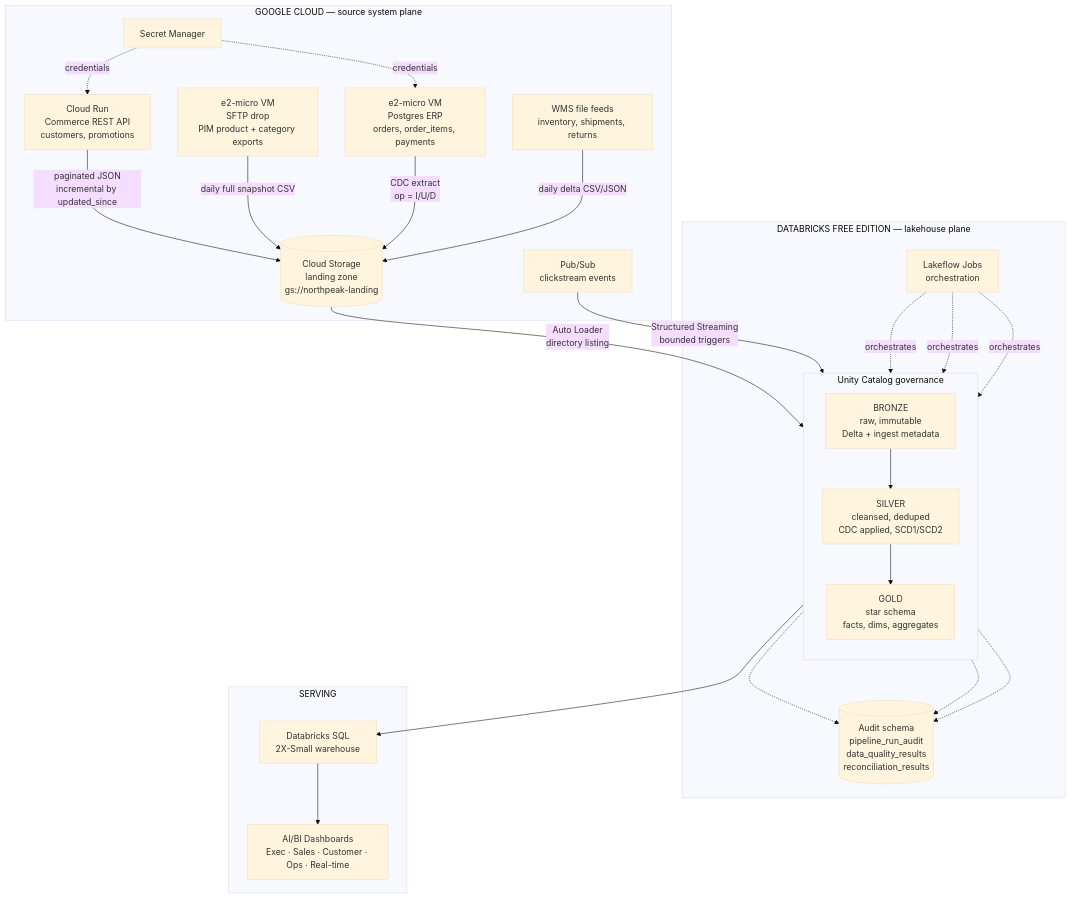
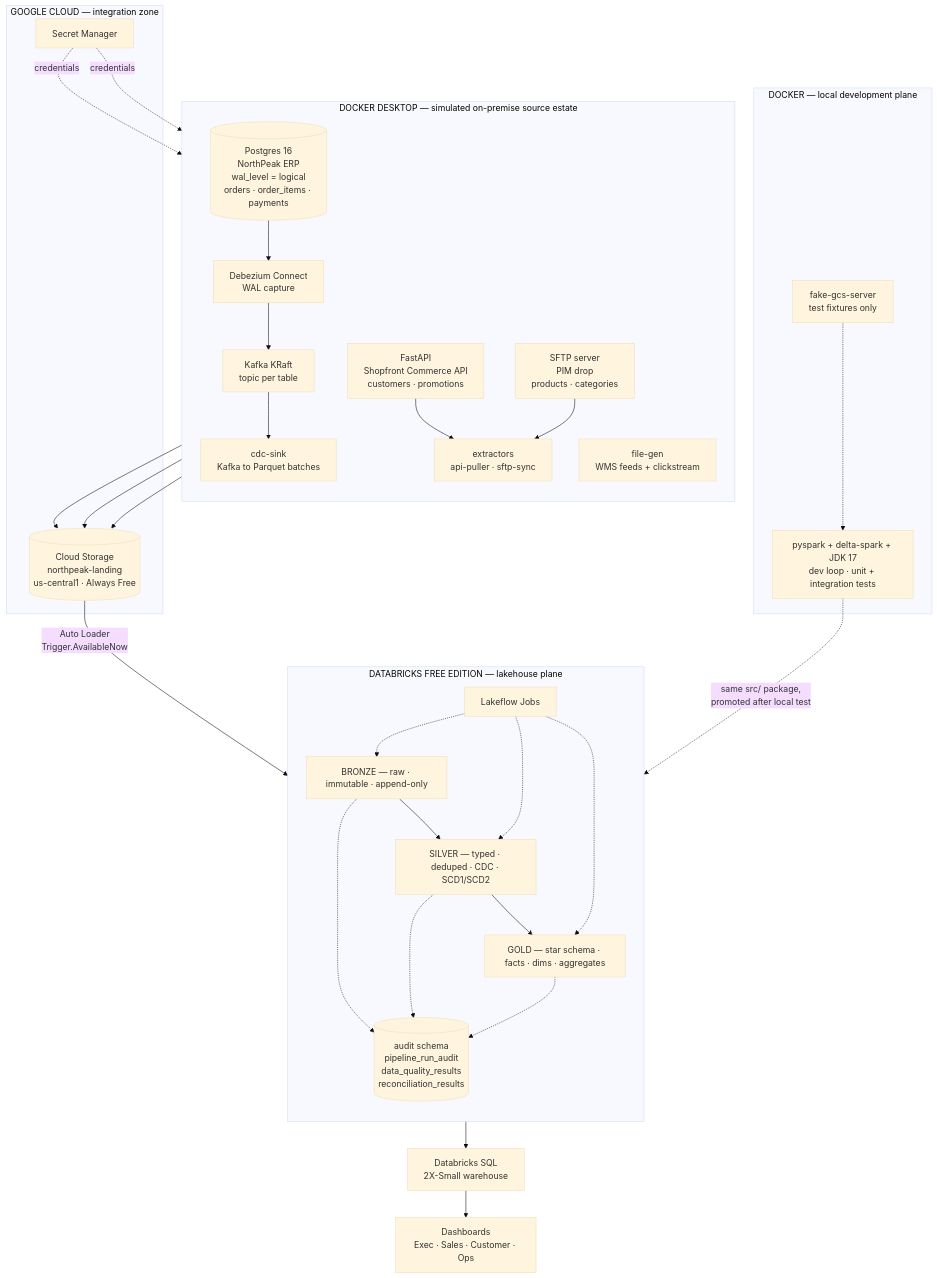
The first of 7 diagrams in docs/ARCHITECTURE.md (Sohailtanveer1/enterprise-lakehouse-on-databricks), drawn with Mermaid (base theme) before and after one commit. The commit also changed other lines of this file and 5 other files, not shown here.

````diff
--- a/docs/ARCHITECTURE.md
+++ b/docs/ARCHITECTURE.md
@@ -16,49 +79,57 @@
 ```mermaid
 flowchart TB
-    subgraph GCP["GOOGLE CLOUD — source system plane"]
-        API["Cloud Run<br/>Commerce REST API<br/>customers, promotions"]
-        SFTP["e2-micro VM<br/>SFTP drop<br/>PIM product + category exports"]
-        ERP["e2-micro VM<br/>Postgres ERP<br/>orders, order_items, payments"]
-        WMS["WMS file feeds<br/>inventory, shipments, returns"]
-        PS["Pub/Sub<br/>clickstream events"]
+    subgraph DOCKER["DOCKER DESKTOP — simulated on-premise source estate"]
+        direction TB
+        PG[("Postgres 16<br/>NorthPeak ERP<br/>wal_level = logical<br/>orders · order_items · payments")]
+        DBZ["Debezium Connect<br/>WAL capture"]
+        KFK["Kafka KRaft<br/>topic per table"]
+        SINK["cdc-sink<br/>Kafka to Parquet batches"]
+        API["FastAPI<br/>Shopfront Commerce API<br/>customers · promotions"]
+        SFTPS["SFTP server<br/>PIM drop<br/>products · categories"]
+        FILEGEN["file-gen<br/>WMS feeds + clickstream"]
+        EXTRACT["extractors<br/>api-puller · sftp-sync"]
+
+        PG --> DBZ --> KFK --> SINK
+        API --> EXTRACT
+        SFTPS --> EXTRACT
+    end
+
+    subgraph LOCAL["DOCKER — local development plane"]
+        SPARK["pyspark + delta-spark + JDK 17<br/>dev loop · unit + integration tests"]
+        FGCS["fake-gcs-server<br/>test fixtures only"]
+    end
+
+    subgraph GCPZ["GOOGLE CLOUD — integration zone"]
+        GCS[("Cloud Storage<br/>northpeak-landing<br/>us-central1 · Always Free")]
         SM["Secret Manager"]
-        GCS[("Cloud Storage<br/>landing zone<br/>gs://northpeak-landing")]
     end
 
     subgraph DBX["DATABRICKS FREE EDITION — lakehouse plane"]
-        subgraph UC["Unity Catalog governance"]
-            direction TB
-            BRONZE["BRONZE<br/>raw, immutable<br/>Delta + ingest metadata"]
-            SILVER["SILVER<br/>cleansed, deduped<br/>CDC applied, SCD1/SCD2"]
-            GOLD["GOLD<br/>star schema<br/>facts, dims, aggregates"]
-        end
-        AUDIT[("Audit schema<br/>pipeline_run_audit<br/>data_quality_results<br/>reconciliation_results")]
-        JOBS["Lakeflow Jobs<br/>orchestration"]
+        direction TB
+        BRONZE["BRONZE — raw · immutable · append-only"]
+        SILVER["SILVER — typed · deduped · CDC · SCD1/SCD2"]
+        GOLD["GOLD — star schema · facts · dims · aggregates"]
+        AUDITT[("audit schema<br/>pipeline_run_audit<br/>data_quality_results<br/>reconciliation_results")]
+        JOBS["Lakeflow Jobs"]
+        BRONZE --> SILVER --> GOLD
     end
 
-    subgraph SERVE["SERVING"]
-        DBSQL["Databricks SQL<br/>2X-Small warehouse"]
-        DASH["AI/BI Dashboards<br/>Exec · Sales · Customer · Ops · Real-time"]
-    end
+    SINK --> GCS
+    EXTRACT --> GCS
+    FILEGEN --> GCS
+    SM -.->|credentials| EXTRACT
+    SM -.->|credentials| SINK
 
-    API -->|"paginated JSON<br/>incremental by updated_since"| GCS
-    SFTP -->|"daily full snapshot CSV"| GCS
-    ERP -->|"CDC extract<br/>op = I/U/D"| GCS
-    WMS -->|"daily delta CSV/JSON"| GCS
-    SM -.->|credentials| API
-    SM -.->|credentials| ERP
+    GCS -->|"Auto Loader<br/>Trigger.AvailableNow"| BRONZE
+    GOLD --> DBSQL["Databricks SQL<br/>2X-Small warehouse"] --> DASH["Dashboards<br/>Exec · Sales · Customer · Ops"]
 
-    GCS -->|"Auto Loader<br/>directory listing"| BRONZE
-    PS -->|"Structured Streaming<br/>bounded triggers"| BRONZE
+    JOBS -.-> BRONZE
+    JOBS -.-> SILVER
+    JOBS -.-> GOLD
+    BRONZE -.-> AUDITT
+    SILVER -.-> AUDITT
+    GOLD -.-> AUDITT
 
-    BRONZE --> SILVER
-    SILVER --> GOLD
-    GOLD --> DBSQL --> DASH
-
-    JOBS -.->|orchestrates| BRONZE
-    JOBS -.->|orchestrates| SILVER
-    JOBS -.->|orchestrates| GOLD
-    BRONZE -.-> AUDIT
-    SILVER -.-> AUDIT
-    GOLD -.-> AUDIT
+    SPARK -.->|"same src/ package,<br/>promoted after local test"| DBX
+    FGCS -.-> SPARK
 ```
````
